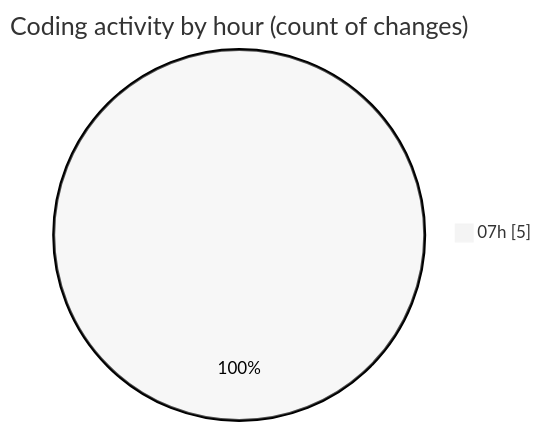
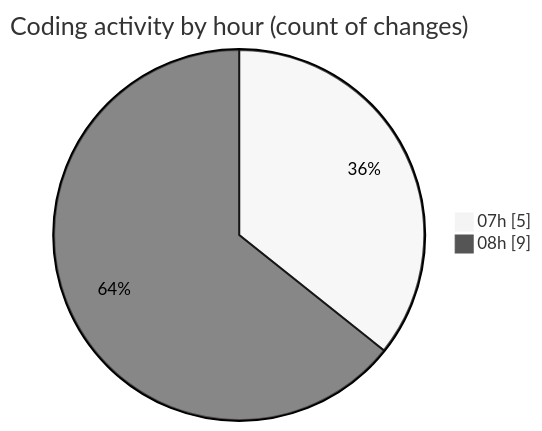
Before and after one commit to robertbonfada/code-tracking: the second of 2 diagrams in 2025-02-07/mbc-web/README.md, drawn with Mermaid (neutral theme). The commit also changed other lines of this file and 1 other file, not shown here.

````diff
--- a/2025-02-07/mbc-web/README.md
+++ b/2025-02-07/mbc-web/README.md
@@ -29,5 +30,6 @@
 ```mermaid
 pie showData
 title Coding activity by hour (count of changes)
 "07h" : 5
+"08h" : 9
 ```
````
